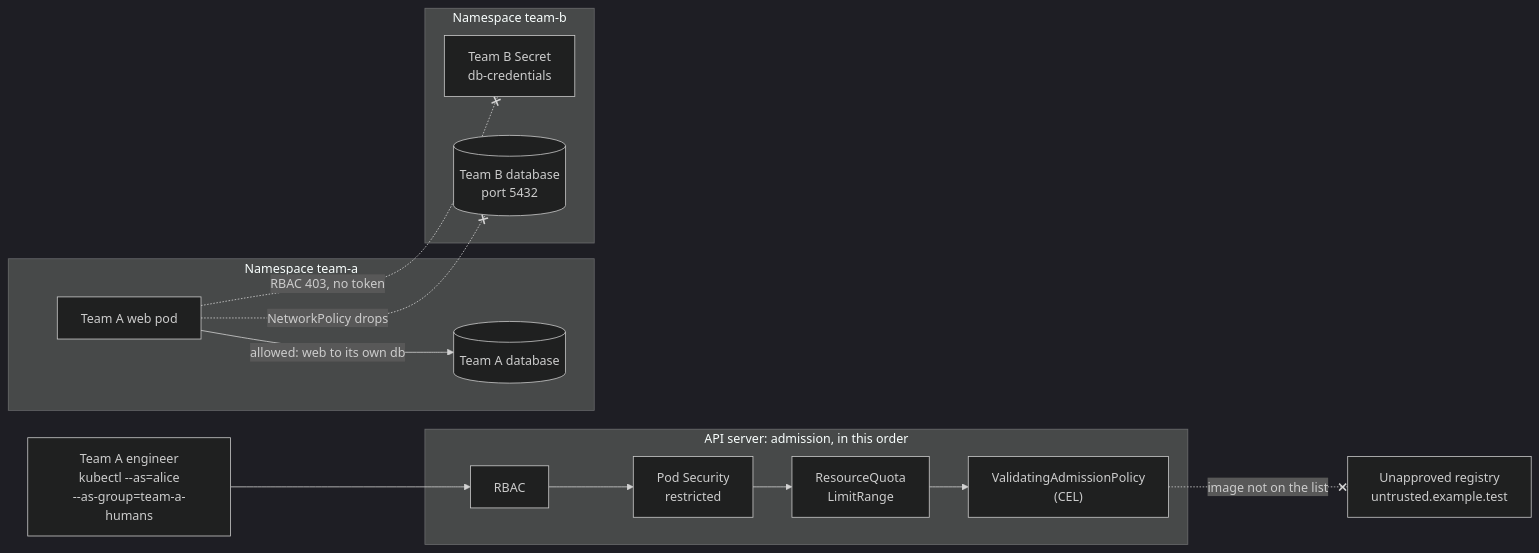
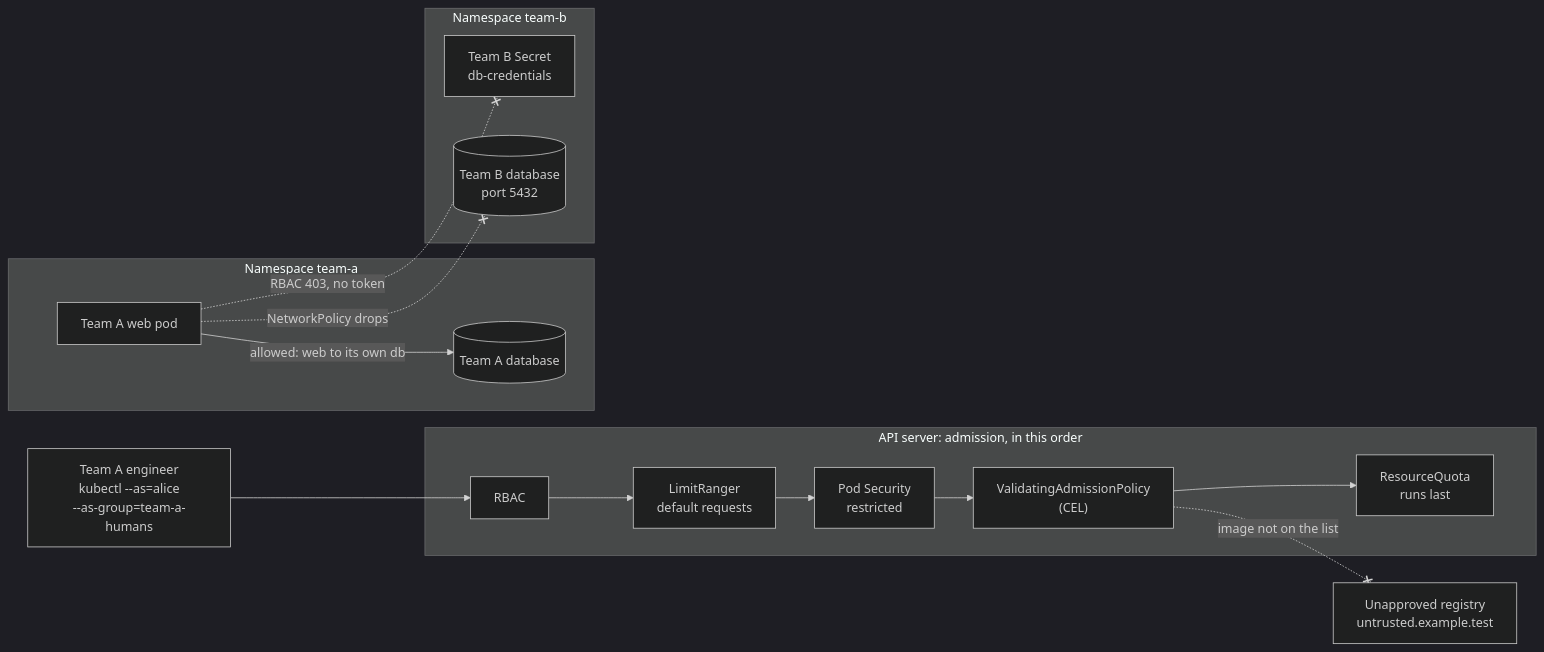
Before and after one commit to plainround-projects/kubernetes-harden-a-namespace: the diagram in ARCHITECTURE.md, drawn with Mermaid (dark theme). The commit also changed other lines of this file and 2 other files, not shown here.

Commit message:
docs: align the architecture notes with the code

````diff
--- a/ARCHITECTURE.md
+++ b/ARCHITECTURE.md
@@ -32,24 +32,25 @@
 ```mermaid
 flowchart LR
     dev["Team A engineer<br/>kubectl --as=alice<br/>--as-group=team-a-humans"]
     reg["Unapproved registry<br/>untrusted.example.test"]
     subgraph api["API server: admission, in this order"]
         authz["RBAC"]
+        lr["LimitRanger<br/>default requests"]
         psa["Pod Security<br/>restricted"]
-        quota["ResourceQuota<br/>LimitRange"]
         vap["ValidatingAdmissionPolicy<br/>(CEL)"]
+        quota["ResourceQuota<br/>runs last"]
     end
     subgraph ta["Namespace team-a"]
         weba["Team A web pod"]
         dba[("Team A database")]
     end
     subgraph tb["Namespace team-b"]
         secb["Team B Secret<br/>db-credentials"]
         dbb[("Team B database<br/>port 5432")]
     end
-    dev --> authz --> psa --> quota --> vap
+    dev --> authz --> lr --> psa --> vap --> quota
     vap -. "image not on the list" .-x reg
     weba -- "allowed: web to its own db" --> dba
     weba -. "NetworkPolicy drops" .-x dbb
     weba -. "RBAC 403, no token" .-x secb
 ```
````
